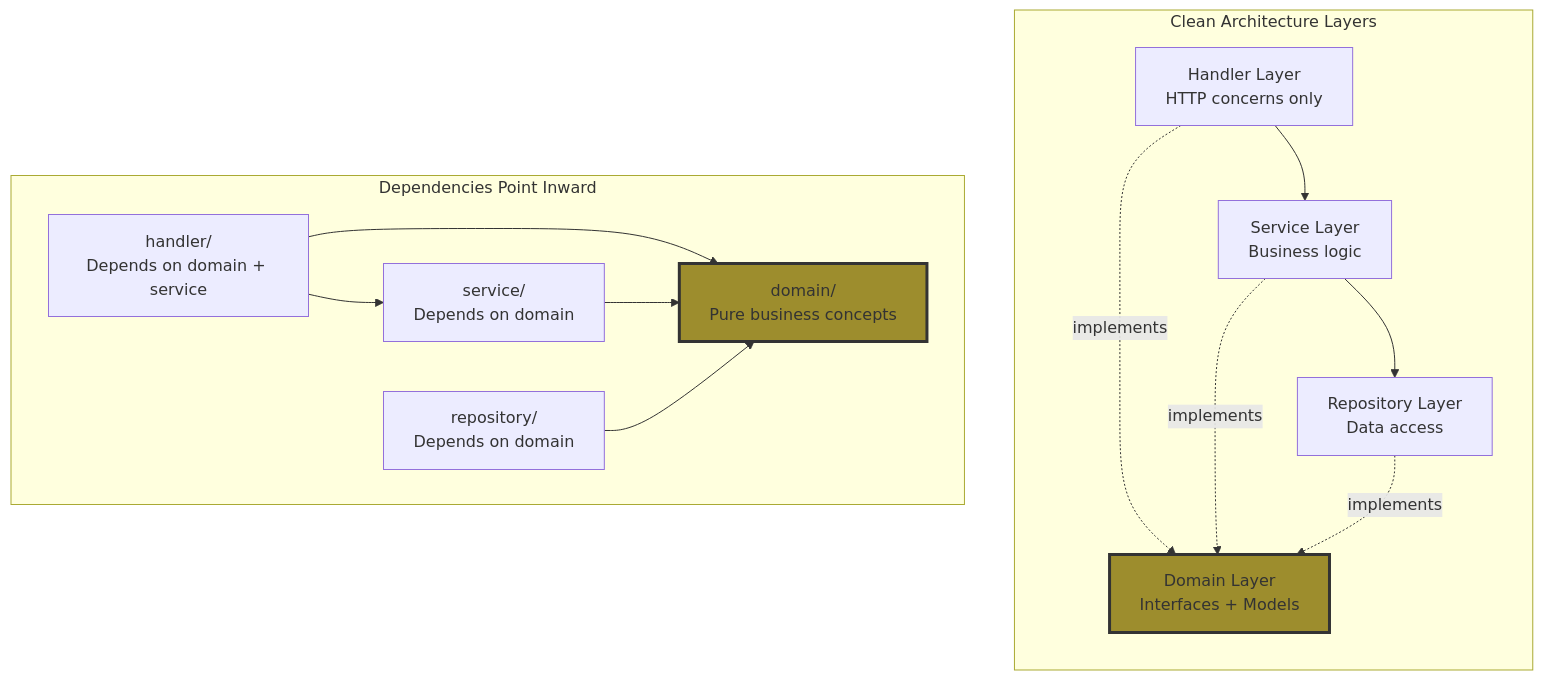
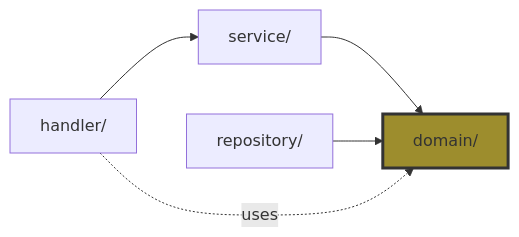
Before and after one commit to haowjy/meridian: the third of 3 diagrams in _docs/technical/backend/clean-architecture-guide.md, drawn with Mermaid. The commit also changed other lines of this file and 39 other files, not shown here.

````diff
--- a/_docs/technical/backend/clean-architecture-guide.md
+++ b/_docs/technical/backend/clean-architecture-guide.md
@@ -665,31 +77,9 @@
 ```mermaid
-graph TB
-    subgraph "Clean Architecture Layers"
-        direction TB
-        Handler[Handler Layer<br/>HTTP concerns only]
-        Service[Service Layer<br/>Business logic]
-        Repo[Repository Layer<br/>Data access]
-        Domain[Domain Layer<br/>Interfaces + Models]
-
-        Handler --> Service
-        Service --> Repo
-        Handler -.implements.-> Domain
-        Service -.implements.-> Domain
-        Repo -.implements.-> Domain
-    end
-
-    subgraph "Dependencies Point Inward"
-        Domain2[domain/<br/>Pure business concepts]
-        Service2[service/<br/>Depends on domain]
-        Repo2[repository/<br/>Depends on domain]
-        Handler2[handler/<br/>Depends on domain + service]
-
-        Handler2 --> Service2
-        Handler2 --> Domain2
-        Service2 --> Domain2
-        Repo2 --> Domain2
-    end
+graph LR
+    Handler[handler/] --> Service[service/]
+    Service --> Domain[domain/]
+    Repo[repository/] --> Domain
+    Handler -.uses.-> Domain
 
     style Domain fill:#9d8d2d,stroke:#333,stroke-width:3px
-    style Domain2 fill:#9d8d2d,stroke:#333,stroke-width:3px
 ```
````
